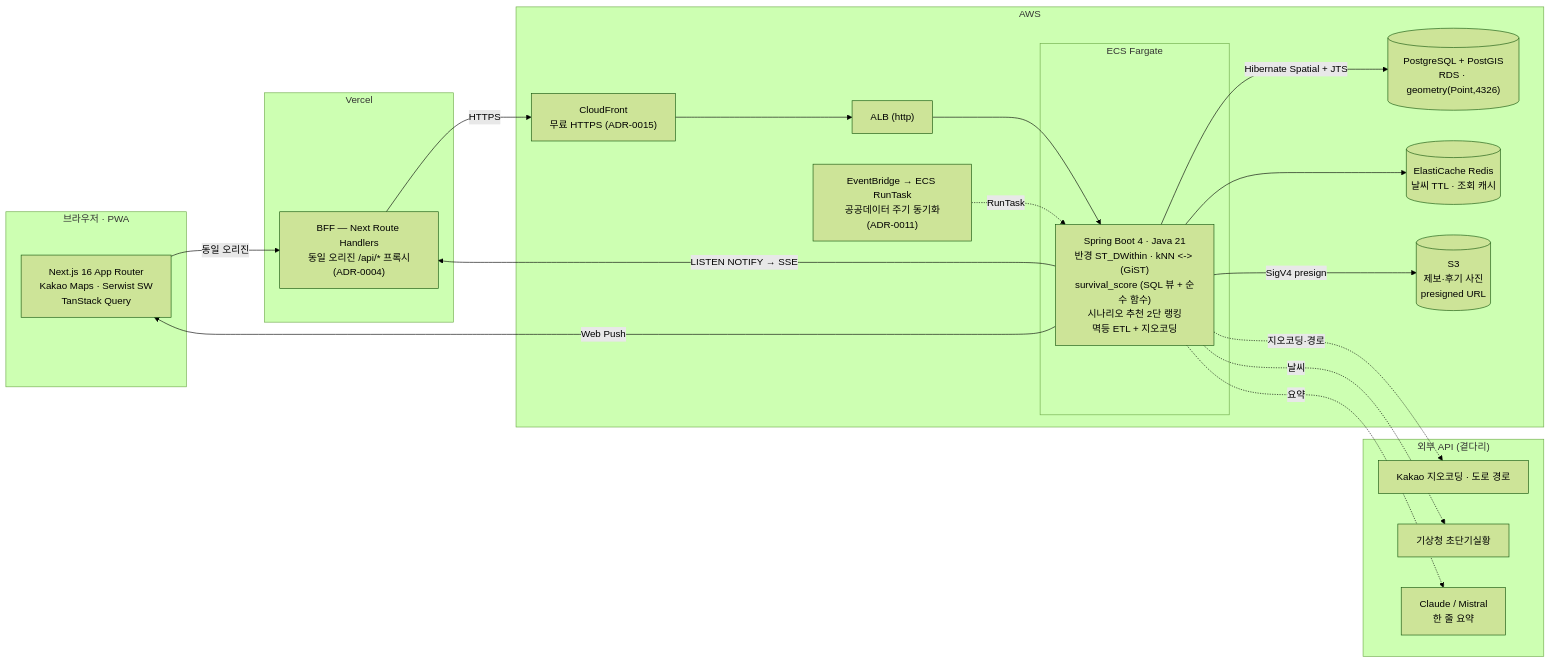
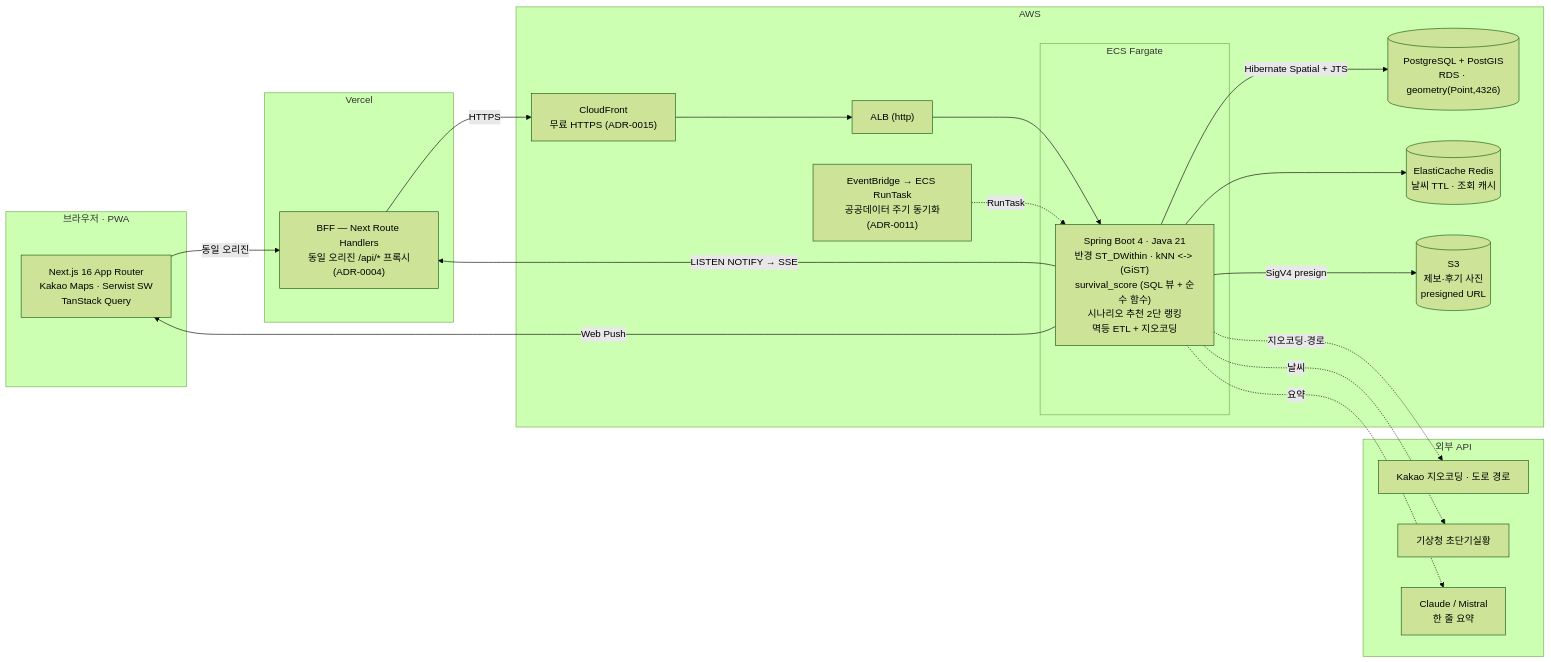
Before and after one commit to hoeongj/geuneul: the first of 3 diagrams in docs/architecture.md, drawn with Mermaid (forest theme). The commit also changed other lines of this file and 188 other files, not shown here.

First line of the commit message:
chore: 포트폴리오 마감 — 전수 감사 하드닝 + 문서 재구성 + 아키텍처 다이어그램 (#111)

````diff
--- a/docs/architecture.md
+++ b/docs/architecture.md
@@ -8,40 +12,40 @@
 ```mermaid
 flowchart LR
   subgraph client["브라우저 · PWA"]
     UI["Next.js 16 App Router<br/>Kakao Maps · Serwist SW<br/>TanStack Query"]
   end
 
   subgraph vercel["Vercel"]
     BFF["BFF — Next Route Handlers<br/>동일 오리진 /api/* 프록시<br/>(ADR-0004)"]
   end
 
   subgraph aws["AWS"]
     CF["CloudFront<br/>무료 HTTPS (ADR-0015)"]
     ALB["ALB (http)"]
     subgraph ecs["ECS Fargate"]
       API["Spring Boot 4 · Java 21<br/>반경 ST_DWithin · kNN &lt;-&gt; (GiST)<br/>survival_score (SQL 뷰 + 순수 함수)<br/>시나리오 추천 2단 랭킹<br/>멱등 ETL + 지오코딩"]
     end
     PG[("PostgreSQL + PostGIS<br/>RDS · geometry(Point,4326)")]
     REDIS[("ElastiCache Redis<br/>날씨 TTL · 조회 캐시")]
     S3[("S3<br/>제보·후기 사진<br/>presigned URL")]
     EB["EventBridge → ECS RunTask<br/>공공데이터 주기 동기화<br/>(ADR-0011)"]
   end
 
-  subgraph ext["외부 API (곁다리)"]
+  subgraph ext["외부 API"]
     KAKAO["Kakao 지오코딩 · 도로 경로"]
     KMA["기상청 초단기실황"]
     AI["Claude / Mistral<br/>한 줄 요약"]
   end
 
   UI -->|동일 오리진| BFF
   BFF -->|HTTPS| CF --> ALB --> API
   API -->|Hibernate Spatial + JTS| PG
   API --> REDIS
   API -->|SigV4 presign| S3
   API -.지오코딩·경로.-> KAKAO
   API -.날씨.-> KMA
   API -.요약.-> AI
   EB -.RunTask.-> API
   API -->|LISTEN NOTIFY → SSE| BFF
   API -->|Web Push| UI
 ```
````
